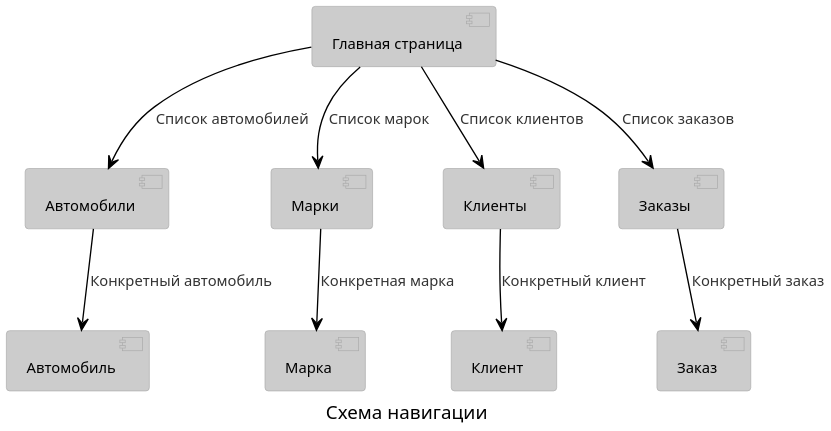
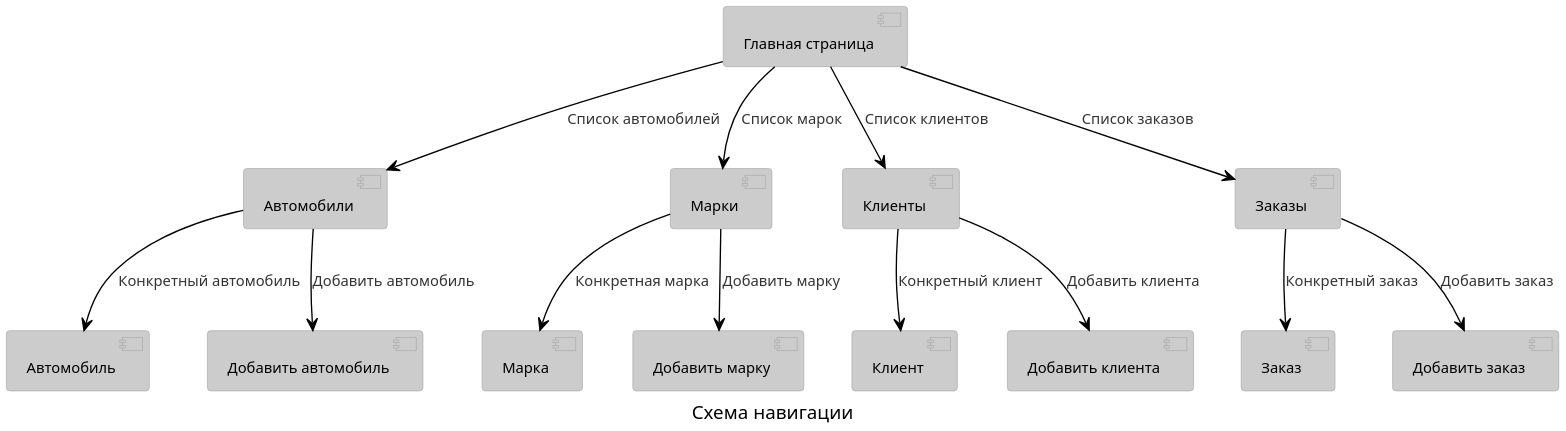
Before and after one commit to DoricRedPanda/carshowroom: the diagram in img/uml.puml, drawn with PlantUML. The commit also changed 2 other files, not shown here.

```diff
--- a/img/uml.puml
+++ b/img/uml.puml
@@ -1,27 +1,35 @@
 @startuml
 !theme reddress-lightorange
 'skinparam linetype ortho'
 caption Схема навигации
 scale 2.0
 component [Главная страница] as mainPage
-component [Автомобили] as automobiles
-component [Автомобиль] as automobile
-component [Марки] as marques
-component [Марка] as marque
+component [Автомобили] as cars
+component [Автомобиль] as car
+component [Добавить автомобиль] as addCar
+component [Марки] as automodels
+component [Марка] as automodel
+component [Добавить марку] as addAutomodel
 component [Клиенты] as clients
 component [Клиент] as client
-component [Заказы] as orders
-component [Заказ] as order
+component [Добавить клиентa] as addClient
+component [Заказы] as contracts
+component [Заказ] as contract
+component [Добавить заказ] as addContract
 
 
-mainPage -d-> automobiles: Список автомобилей
+mainPage -d-> cars: Список автомобилей
 mainPage -d-> clients : Список клиентов
-mainPage -d-> orders : Список заказов
-mainPage -d-> marques : Список марок
+mainPage -d-> contracts : Список заказов
+mainPage -d-> automodels : Список марок
 
-marques -d-> marque : Конкретная марка
-automobiles -d-> automobile: Конкретный автомобиль
+automodels -d-> automodel : Конкретная марка
+cars -d-> car: Конкретный автомобиль
 clients -d-> client : Конкретный клиент
-orders -d-> order : Конкретный заказ
+contracts -d-> contract : Конкретный заказ
 
+automodels -d-> addAutomodel : Добавить марку
+cars -d-> addCar: Добавить автомобиль
+clients -d-> addClient : Добавить клиента
+contracts -d-> addContract : Добавить заказ
 @enduml
```
